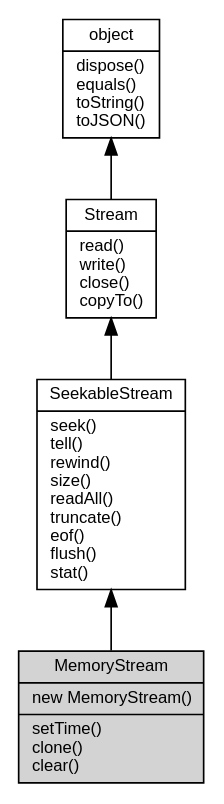
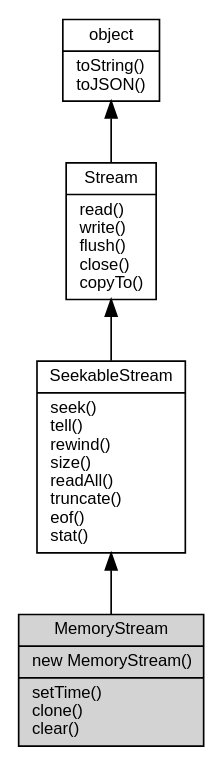
Before and after one commit to asionius/fibjs-ceph: the diagram in docs/object/ifs/MemoryStream.md, drawn with Graphviz. The commit also changed other lines of this file and 138 other files, not shown here.

````diff
--- a/docs/object/ifs/MemoryStream.md
+++ b/docs/object/ifs/MemoryStream.md
@@ -11,14 +11,14 @@
 ```dot
 digraph {
     node [fontname="Helvetica,sans-Serif", fontsize=10, shape="record", style="filled", fillcolor="white"];
 
-    object [tooltip="object", URL="object.md", label="{object|dispose()\lequals()\ltoString()\ltoJSON()\l}"];
-    Stream [tooltip="Stream", URL="Stream.md", label="{Stream|read()\lwrite()\lclose()\lcopyTo()\l}"];
-    SeekableStream [tooltip="SeekableStream", URL="SeekableStream.md", label="{SeekableStream|seek()\ltell()\lrewind()\lsize()\lreadAll()\ltruncate()\leof()\lflush()\lstat()\l}"];
-    MemoryStream [tooltip="MemoryStream", fillcolor="lightgray", label="{MemoryStream|new MemoryStream()\l|setTime()\lclone()\lclear()\l}"];
+    object [tooltip="object", URL="object.md", label="{object|toString()\ltoJSON()\l}"];
+    Stream [tooltip="Stream", URL="Stream.md", label="{Stream|read()\lwrite()\lflush()\lclose()\lcopyTo()\l}"];
+    SeekableStream [tooltip="SeekableStream", URL="SeekableStream.md", label="{SeekableStream|seek()\ltell()\lrewind()\lsize()\lreadAll()\ltruncate()\leof()\lstat()\l}"];
+    MemoryStream [tooltip="MemoryStream", fillcolor="lightgray", id="me", label="{MemoryStream|new MemoryStream()\l|setTime()\lclone()\lclear()\l}"];
 
     object -> Stream [dir=back];
     Stream -> SeekableStream [dir=back];
     SeekableStream -> MemoryStream [dir=back];
 }
 ```
````
